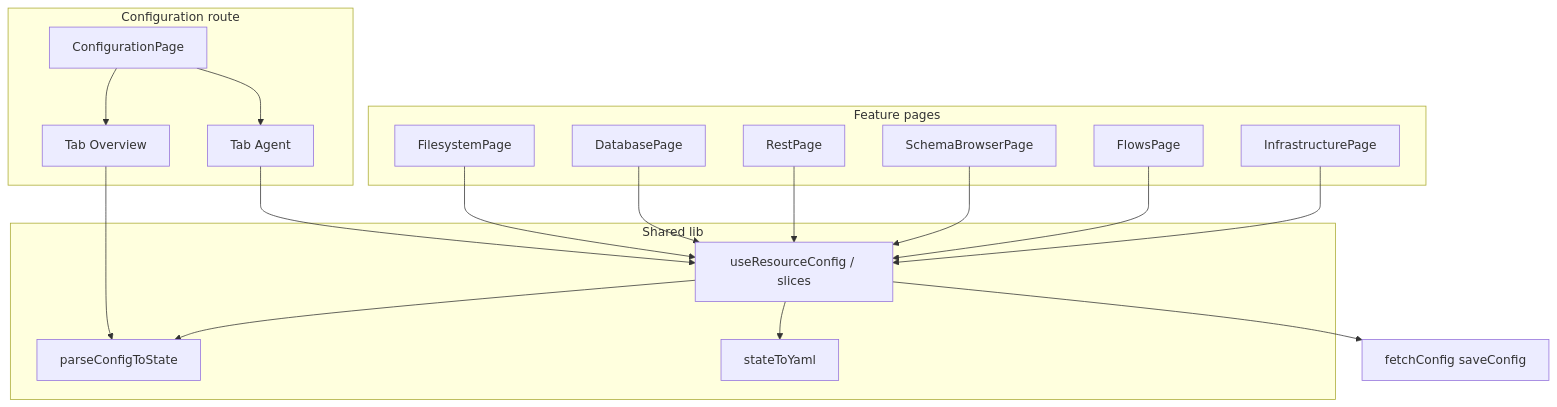
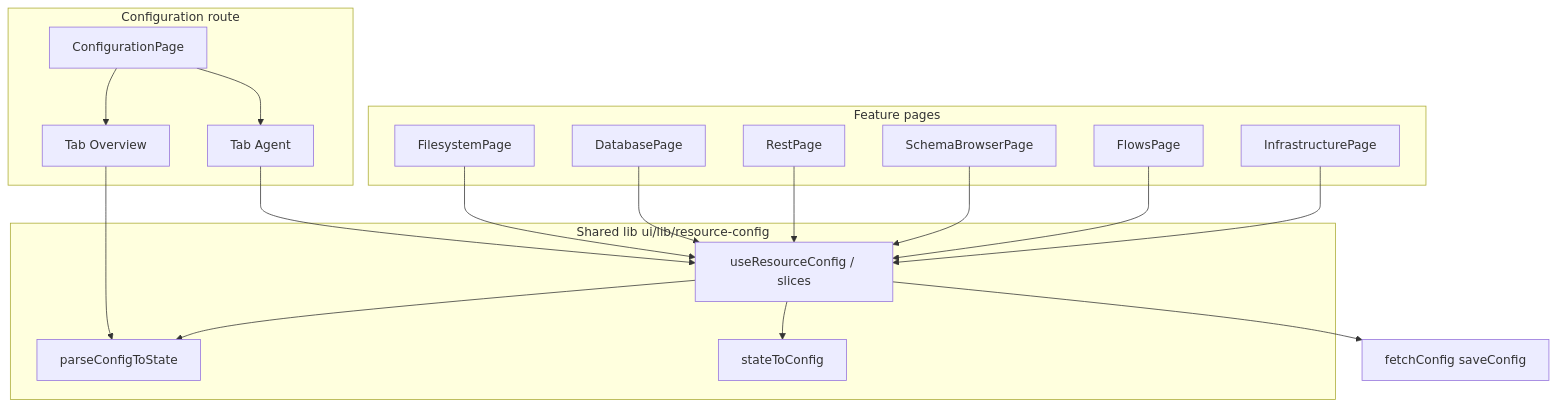
One commit to 0x1d/bench changed the diagram in docs/plans/resource-config-ux-consolidation/plan.md. Above: the diagram before and after it, drawn with Mermaid. The commit also changed 7 other files, not shown here.

First line of the commit message:
refactor(ui): extract resource config types and parse/serialize (task 1.2)

````diff
--- a/docs/plans/resource-config-ux-consolidation/plan.md
+++ b/docs/plans/resource-config-ux-consolidation/plan.md
@@ -59,34 +59,34 @@
 ```mermaid
 flowchart TB
   subgraph pages [Feature pages]
     FS[FilesystemPage]
     DB[DatabasePage]
     REST[RestPage]
     SCH[SchemaBrowserPage]
     FL[FlowsPage]
     INF[InfrastructurePage]
   end
   subgraph global [Configuration route]
     CFG[ConfigurationPage]
     OV[Tab Overview]
     AG[Tab Agent]
     CFG --> OV
     CFG --> AG
   end
-  subgraph lib [Shared lib]
+  subgraph lib [Shared lib ui/lib/resource-config]
     PARSE[parseConfigToState]
-    SER[stateToYaml]
+    SER[stateToConfig]
     HOOK[useResourceConfig / slices]
   end
   HOOK --> PARSE
   HOOK --> SER
   HOOK --> API[fetchConfig saveConfig]
   FS --> HOOK
   DB --> HOOK
   REST --> HOOK
   SCH --> HOOK
   FL --> HOOK
   INF --> HOOK
   OV --> PARSE
   AG --> HOOK
 ```
````
